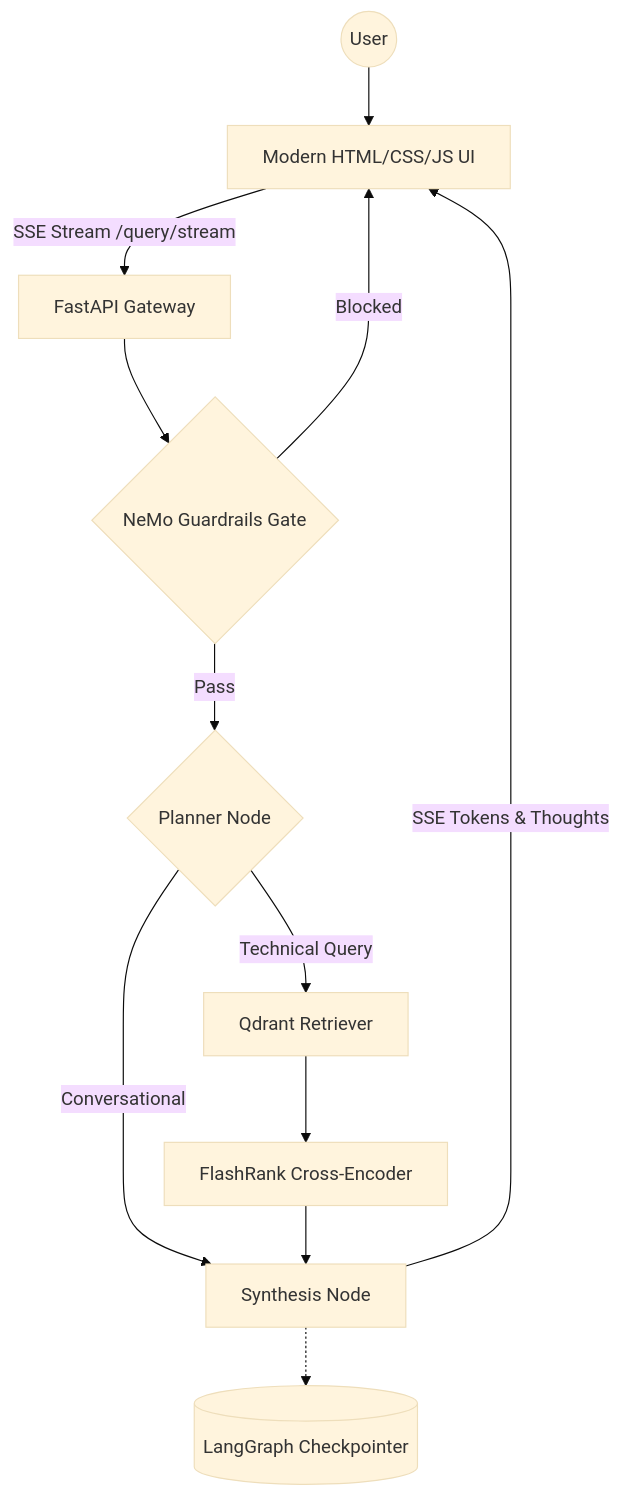
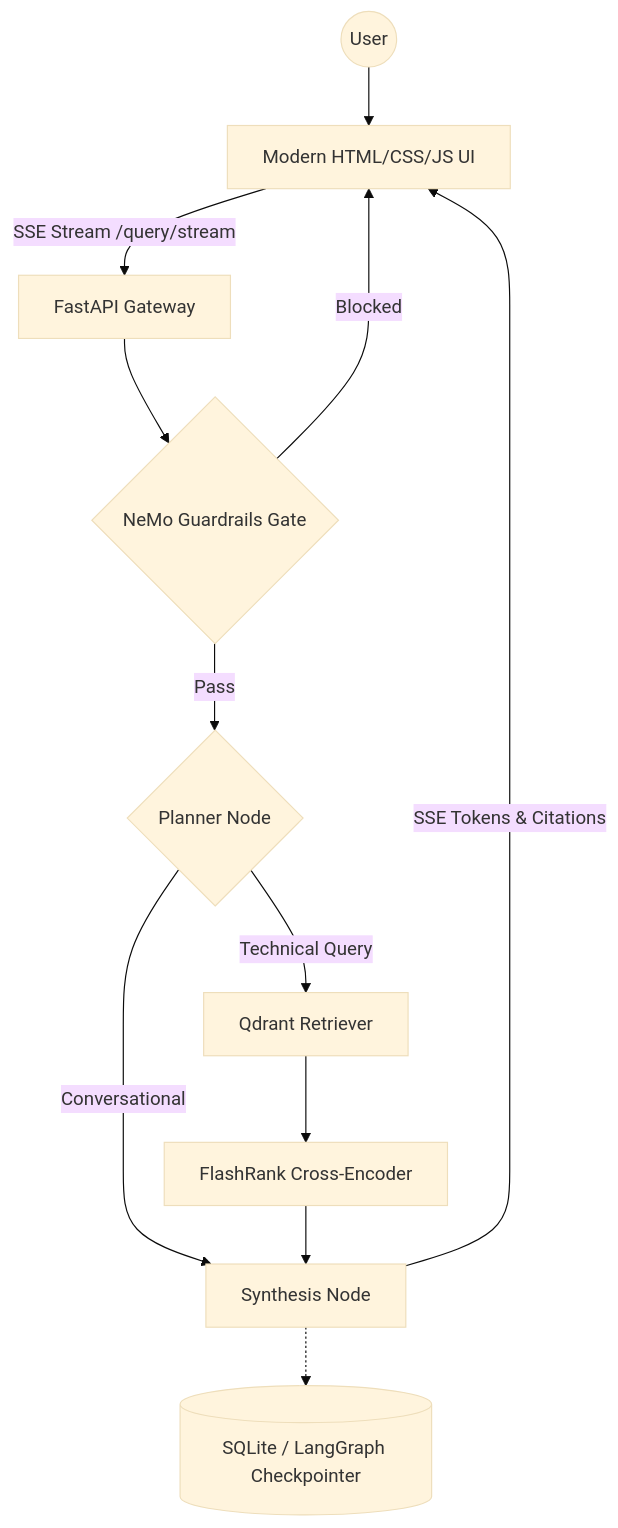
Before and after one commit to dheerajgowd-18/agentic-rag: the diagram in README.md, drawn with Mermaid (base theme). The commit also changed other lines of this file and 1 other file, not shown here.

Commit message:
docs: synchronize system architecture and documentation with production implementation

````diff
--- a/README.md
+++ b/README.md
@@ -22,14 +22,14 @@
 ```mermaid
 graph TD
     User((User)) --> UI[Modern HTML/CSS/JS UI]
     UI -->|SSE Stream /query/stream| API[FastAPI Gateway]
     API --> Guard{NeMo Guardrails Gate}
     Guard -->|Blocked| UI
     Guard -->|Pass| Planner{Planner Node}
     Planner -->|Conversational| Responder[Synthesis Node]
     Planner -->|Technical Query| Retriever[Qdrant Retriever]
     Retriever --> Reranker[FlashRank Cross-Encoder]
     Reranker --> Responder
-    Responder -->|SSE Tokens & Thoughts| UI
-    Responder -.-> Memory[(LangGraph Checkpointer)]
+    Responder -->|SSE Tokens & Citations| UI
+    Responder -.-> Memory[(SQLite / LangGraph Checkpointer)]
 ```
````
